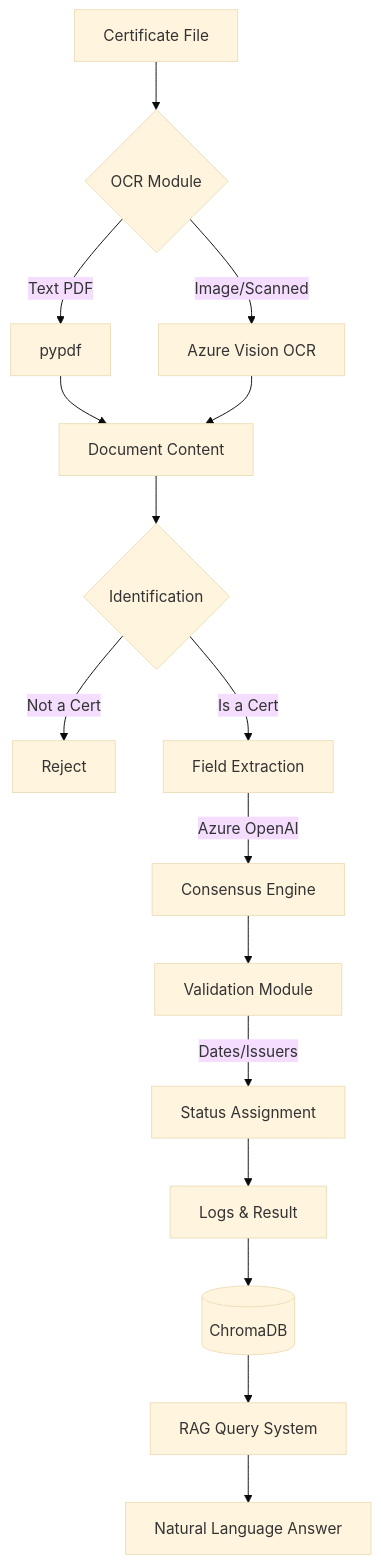
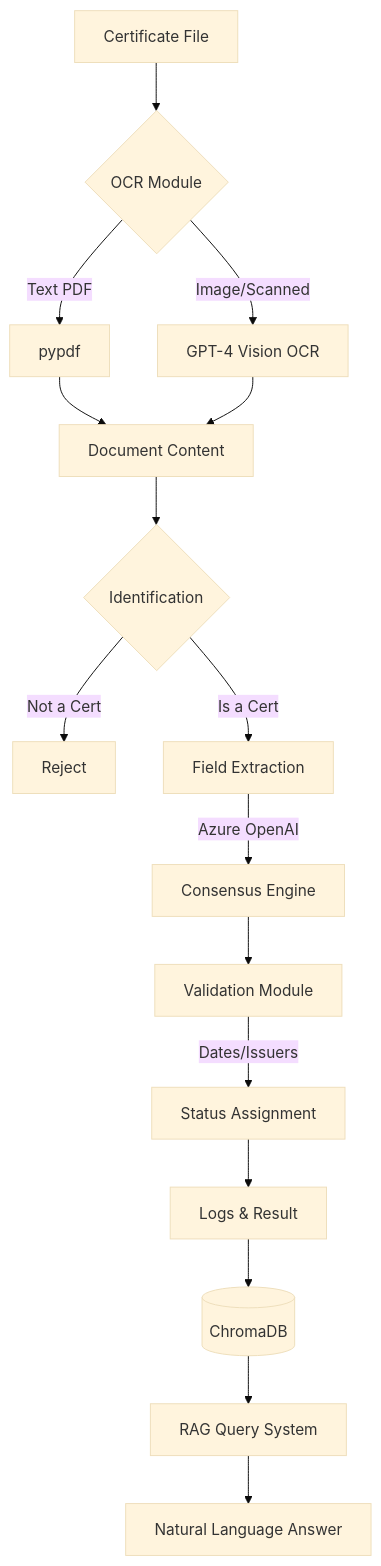
The diagram in README.md (Flame77X/Certificate-Detection-Extraction-Validation-RAG-Query-System), drawn with Mermaid (base theme) before and after one commit. The commit also changed other lines of this file and 1 other file, not shown here.

````diff
--- a/README.md
+++ b/README.md
@@ -44,18 +44,18 @@
 ```mermaid
 graph TD
     A[Certificate File] --> B{OCR Module}
     B -->|Text PDF| C[pypdf]
-    B -->|Image/Scanned| D[Azure Vision OCR]
+    B -->|Image/Scanned| D[GPT-4 Vision OCR]
     C --> E[Document Content]
     D --> E
     E --> F{Identification}
     F -->|Not a Cert| G[Reject]
     F -->|Is a Cert| H[Field Extraction]
     H -->|Azure OpenAI| I[Consensus Engine]
     I --> J[Validation Module]
     J -->|Dates/Issuers| K[Status Assignment]
     K --> L[Logs & Result]
     L --> M[(ChromaDB)]
     M --> N[RAG Query System]
     N --> O[Natural Language Answer]
 ```
````
